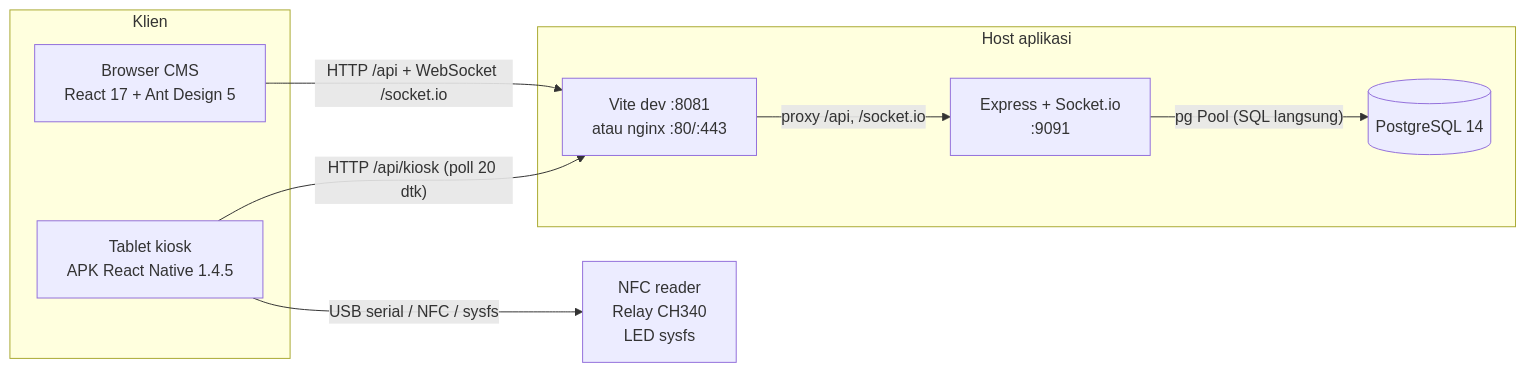
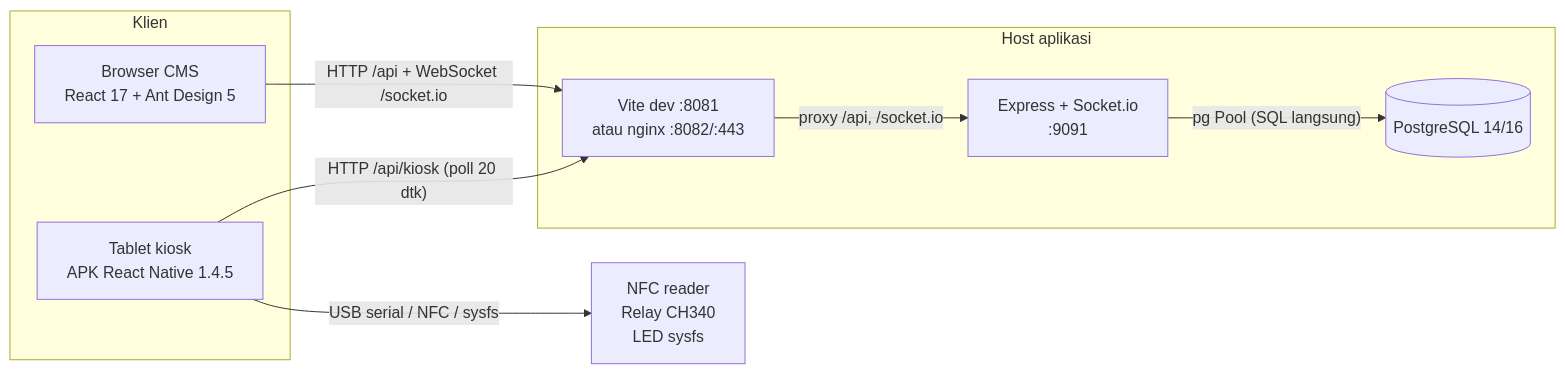
The first of 5 diagrams in docs/architecture.md (goodmeow/app_booking), drawn with Mermaid before and after one commit. The commit also changed other lines of this file and 10 other files, not shown here.

````diff
--- a/docs/architecture.md
+++ b/docs/architecture.md
@@ -28,21 +28,21 @@
 ```mermaid
 flowchart LR
   subgraph Klien
     CMS["Browser CMS<br/>React 17 + Ant Design 5"]
     KIOSK["Tablet kiosk<br/>APK React Native 1.4.5"]
   end
 
   subgraph Host["Host aplikasi"]
-    EDGE["Vite dev :8081<br/>atau nginx :80/:443"]
+    EDGE["Vite dev :8081<br/>atau nginx :8082/:443"]
     API["Express + Socket.io<br/>:9091"]
-    DB[("PostgreSQL 14")]
+    DB[("PostgreSQL 14/16")]
   end
 
   HW["NFC reader<br/>Relay CH340<br/>LED sysfs"]
 
   CMS -->|"HTTP /api + WebSocket /socket.io"| EDGE
   EDGE -->|"proxy /api, /socket.io"| API
   API -->|"pg Pool (SQL langsung)"| DB
   KIOSK -->|"HTTP /api/kiosk (poll 20 dtk)"| EDGE
   KIOSK -->|"USB serial / NFC / sysfs"| HW
 ```
````
